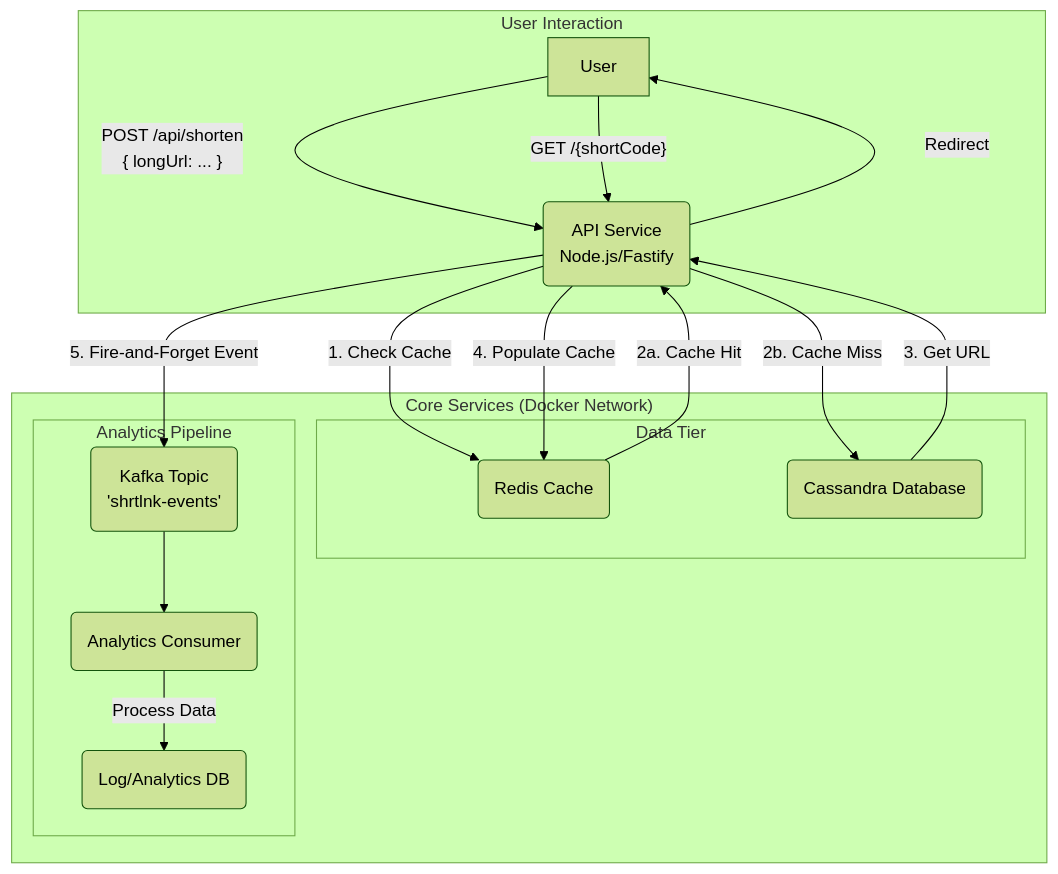
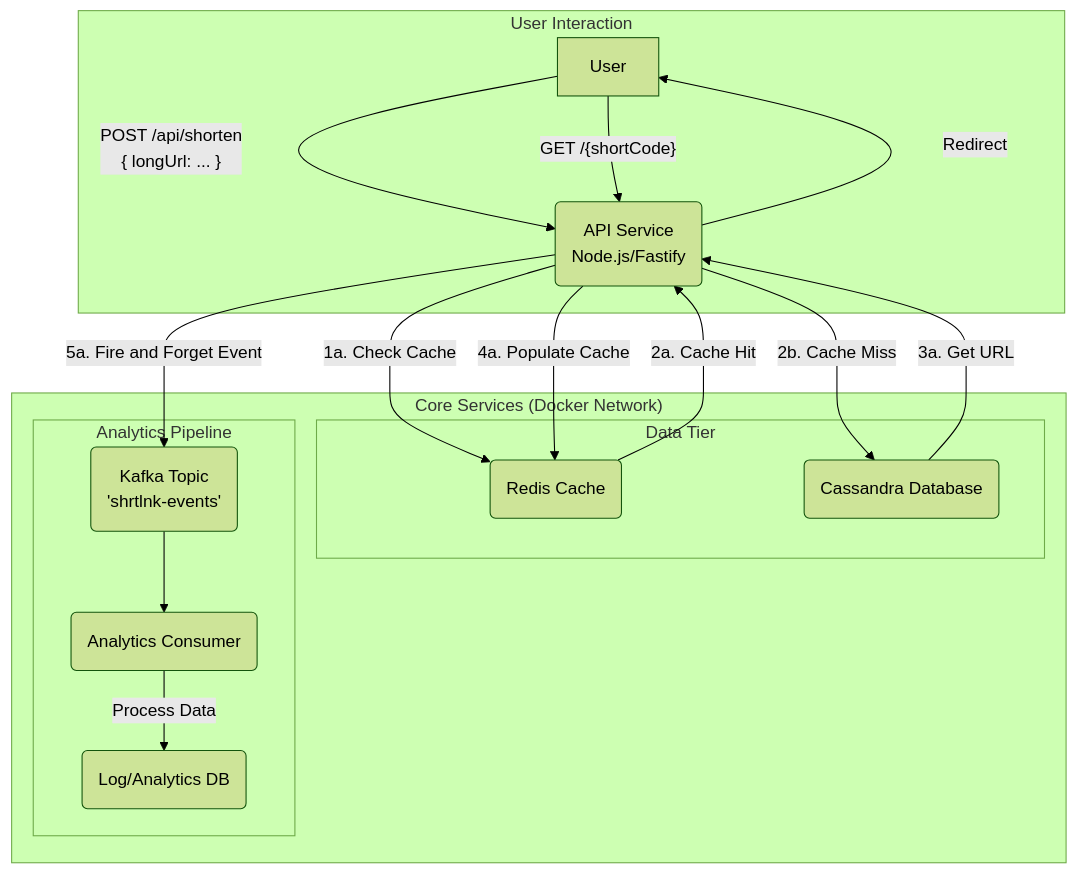
One commit to abdkhaleel/shrtlnk changed the diagram in README.md. Above: the diagram before and after it, drawn with Mermaid (forest theme).

Commit message:
readme updation

````diff
--- a/README.md
+++ b/README.md
@@ -29,33 +29,33 @@
 ```mermaid
 graph TD
     subgraph User Interaction
         User -- "POST /api/shorten<br>{ longUrl: ... }" --> API
         User -- "GET /{shortCode}" --> API
     end
 
     subgraph "Core Services (Docker Network)"
         API(API Service<br>Node.js/Fastify)
 
         subgraph Data Tier
             Redis(Redis Cache)
             Cassandra(Cassandra Database)
         end
 
         subgraph Analytics Pipeline
             Kafka(Kafka Topic<br>'shrtlnk-events')
             Consumer(Analytics Consumer)
             AnalyticsDB(Log/Analytics DB)
         end
 
-        API -- 1. Check Cache --> Redis
+        API -- 1a. Check Cache --> Redis
         Redis -- "2a. Cache Hit" --> API
         API -- "2b. Cache Miss" --> Cassandra
-        Cassandra -- "3. Get URL" --> API
-        API -- "4. Populate Cache" --> Redis
-        API -- "5. Fire-and-Forget Event" --> Kafka
+        Cassandra -- "3a. Get URL" --> API
+        API -- "4a. Populate Cache" --> Redis
+        API -- "5a. Fire and Forget Event" --> Kafka
         Kafka --> Consumer
         Consumer -- "Process Data" --> AnalyticsDB
     end
 
     API -- "Redirect" --> User
 ```
````
